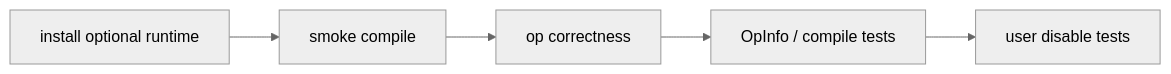
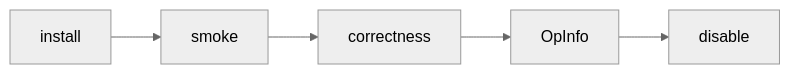
Before and after one commit to XiaobingSuper/FlyDSL: the fourth of 4 diagrams in docs/cutedsl_pytorch_integration_report.md, drawn with Mermaid (neutral theme). The commit also changed other lines of this file and 1 other file, not shown here.

````diff
--- a/docs/cutedsl_pytorch_integration_report.md
+++ b/docs/cutedsl_pytorch_integration_report.md
@@ -222,7 +222,7 @@
 ```mermaid
 flowchart LR
-    A["install optional runtime"] --> B["smoke compile"]
-    B --> C["op correctness"]
-    C --> D["OpInfo / compile tests"]
-    D --> E["user disable tests"]
+    A["install"] --> B["smoke"]
+    B --> C["correctness"]
+    C --> D["OpInfo"]
+    D --> E["disable"]
 ```
````
